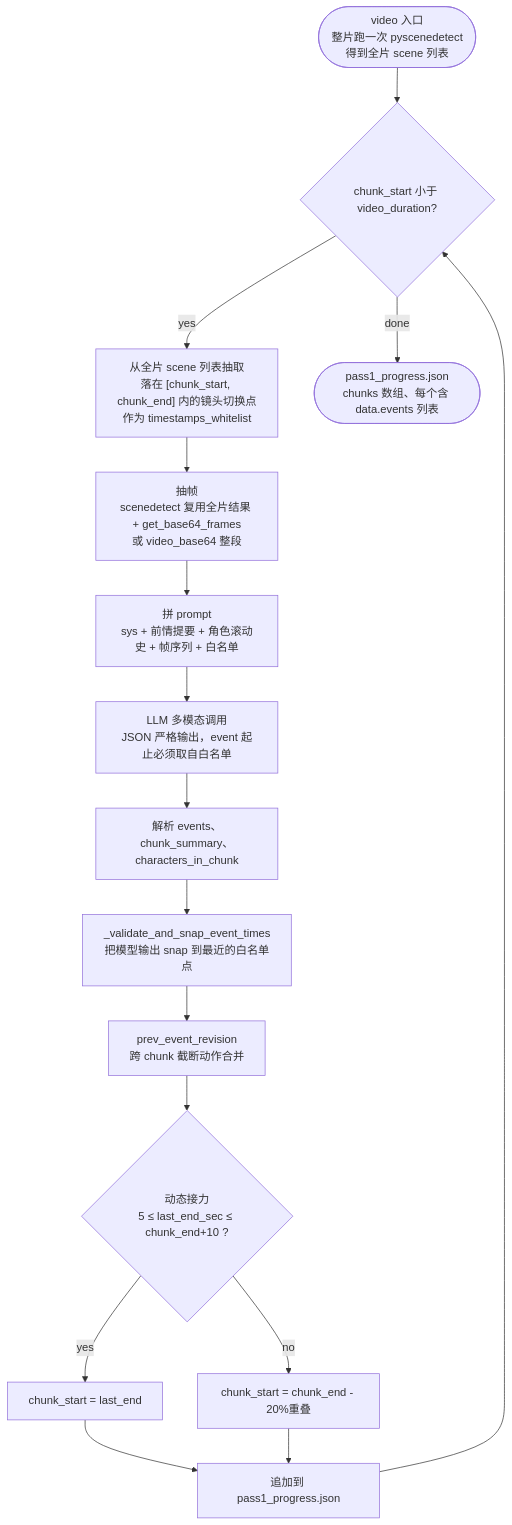
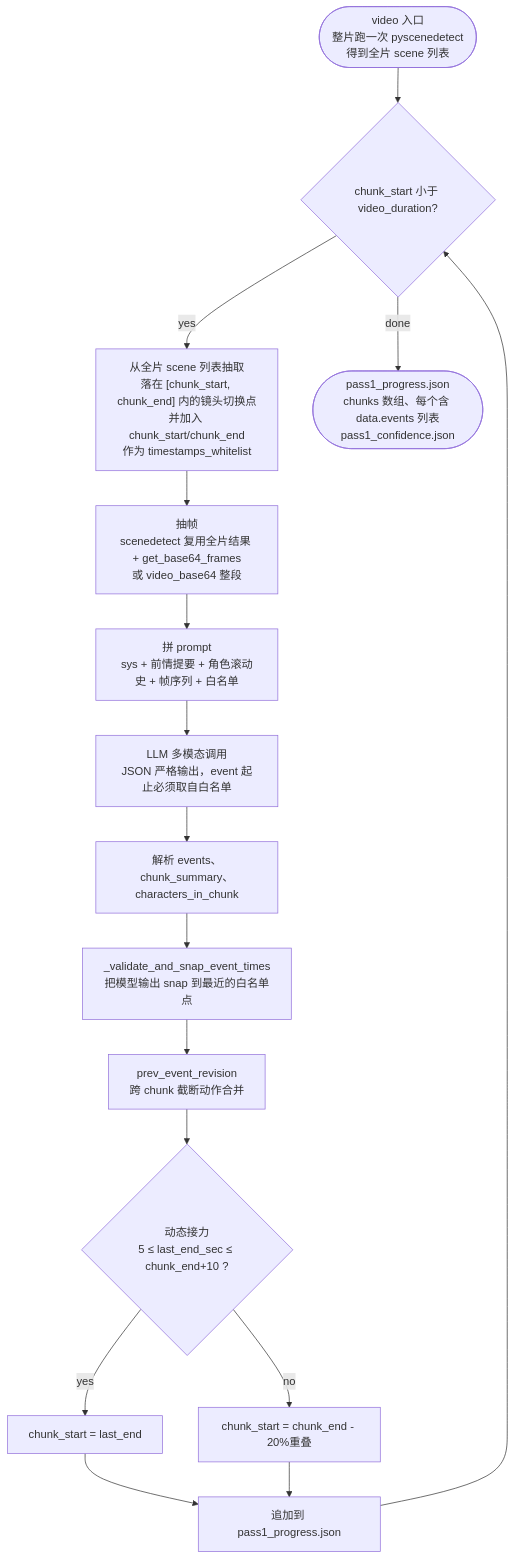
The second of 4 diagrams in README.md (warmheartHoward/LongVideoCaption), drawn with Mermaid before and after one commit. The commit also changed other lines of this file and 8 other files, not shown here.

````diff
--- a/README.md
+++ b/README.md
@@ -62,20 +62,20 @@
 ```mermaid
 flowchart TB
     Init(["video 入口<br/>整片跑一次 pyscenedetect<br/>得到全片 scene 列表"]) --> Loop{"chunk_start 小于 video_duration?"}
 
-    Loop -->|"yes"| Whitelist["从全片 scene 列表抽取<br/>落在 [chunk_start, chunk_end] 内的镜头切换点<br/>作为 timestamps_whitelist"]
+    Loop -->|"yes"| Whitelist["从全片 scene 列表抽取<br/>落在 [chunk_start, chunk_end] 内的镜头切换点<br/>并加入 chunk_start/chunk_end<br/>作为 timestamps_whitelist"]
     Whitelist --> Extract["抽帧<br/>scenedetect 复用全片结果 + get_base64_frames<br/>或 video_base64 整段"]
     Extract --> Build["拼 prompt<br/>sys + 前情提要 + 角色滚动史 + 帧序列 + 白名单"]
     Build --> LLM["LLM 多模态调用<br/>JSON 严格输出，event 起止必须取自白名单"]
     LLM --> Parse["解析 events、chunk_summary、characters_in_chunk"]
     Parse --> Snap["_validate_and_snap_event_times<br/>把模型输出 snap 到最近的白名单点"]
     Snap --> Revise["prev_event_revision<br/>跨 chunk 截断动作合并"]
     Revise --> Relay{"动态接力<br/>5 ≤ last_end_sec ≤ chunk_end+10 ?"}
     Relay -->|"yes"| NextEnd["chunk_start = last_end"]
     Relay -->|"no"| Overlap["chunk_start = chunk_end - 20%重叠"]
     NextEnd --> Append["追加到 pass1_progress.json"]
     Overlap --> Append
     Append --> Loop
 
-    Loop -->|"done"| Out(["pass1_progress.json<br/>chunks 数组、每个含 data.events 列表"])
+    Loop -->|"done"| Out(["pass1_progress.json<br/>chunks 数组、每个含 data.events 列表<br/>pass1_confidence.json"])
 ```
````
